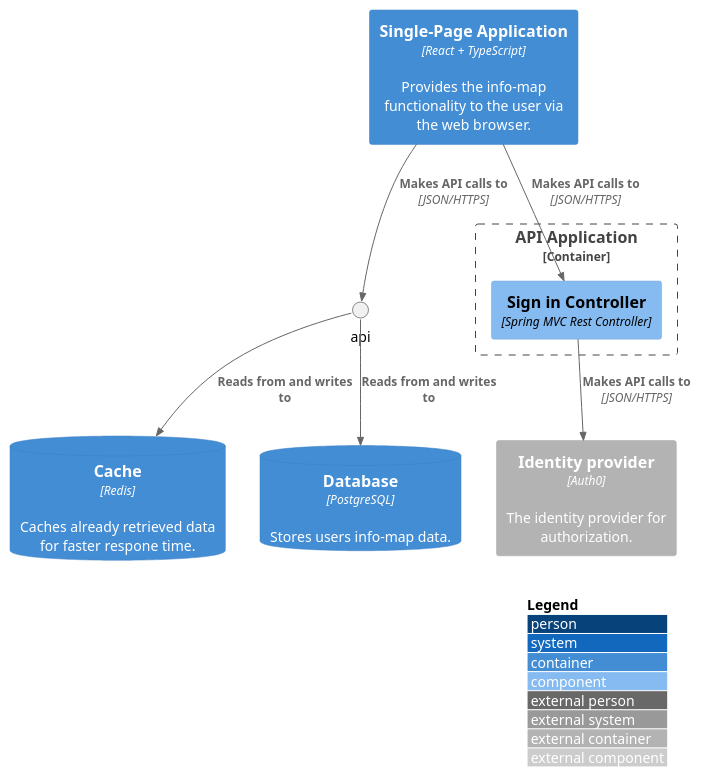
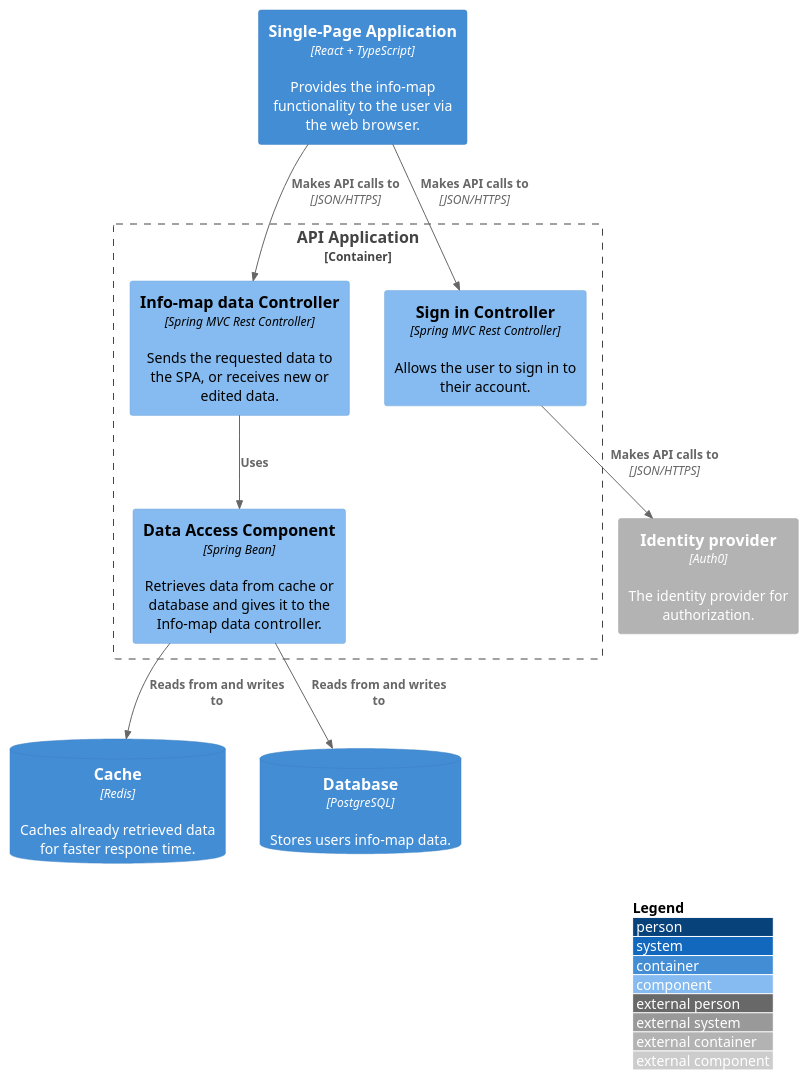
One commit to FHICT-S-Koen/info-map-docs changed the diagram in diagrams/components.puml. Above: the diagram before and after it, drawn with PlantUML.

```diff
--- a/diagrams/components.puml
+++ b/diagrams/components.puml
@@ -1,21 +1,26 @@
 @startuml C4_Elements
 !include https://raw.githubusercontent.com/plantuml-stdlib/C4-PlantUML/master/C4_Component.puml
 
 LAYOUT_WITH_LEGEND()
 
 Container(spa, "Single-Page Application", "React + TypeScript", "Provides the info-map functionality to the user via the web browser.")
 
 Container_Boundary(boundry, "API Application"){
-	Component(authController, "Sign in Controller", "Spring MVC Rest Controller")
+	Component(authController, "Sign in Controller", "Spring MVC Rest Controller", "Allows the user to sign in to their account.")
+	Component(dataController, "Info-map data Controller", "Spring MVC Rest Controller", "Sends the requested data to the SPA, or receives new or edited data.")
+	Component(dataAccess, "Data Access Component", "Spring Bean", "Retrieves data from cache or database and gives it to the Info-map data controller.")
 }
 ContainerDb(cache, "Cache", "Redis", "Caches already retrieved data for faster respone time.")
 ContainerDb(db, "Database", "PostgreSQL", "Stores users info-map data.")
 Container_Ext(auth, "Identity provider", "Auth0", "The identity provider for authorization.")
 
 Rel(spa, authController, "Makes API calls to", "JSON/HTTPS")
-Rel(spa, api, "Makes API calls to", "JSON/HTTPS")
+Rel(spa, dataController, "Makes API calls to", "JSON/HTTPS")
+
 Rel(authController, auth, "Makes API calls to", "JSON/HTTPS")
-Rel(api, cache, "Reads from and writes to")
-Rel(api, db, "Reads from and writes to")
+
+Rel(dataController, dataAccess, "Uses")
+Rel(dataAccess, cache, "Reads from and writes to")
+Rel(dataAccess, db, "Reads from and writes to")
 
 @enduml
```
